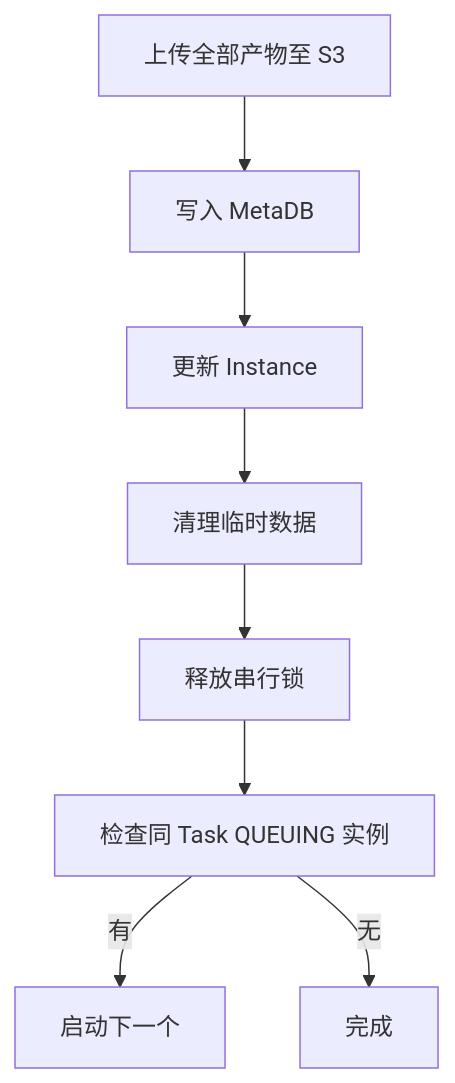
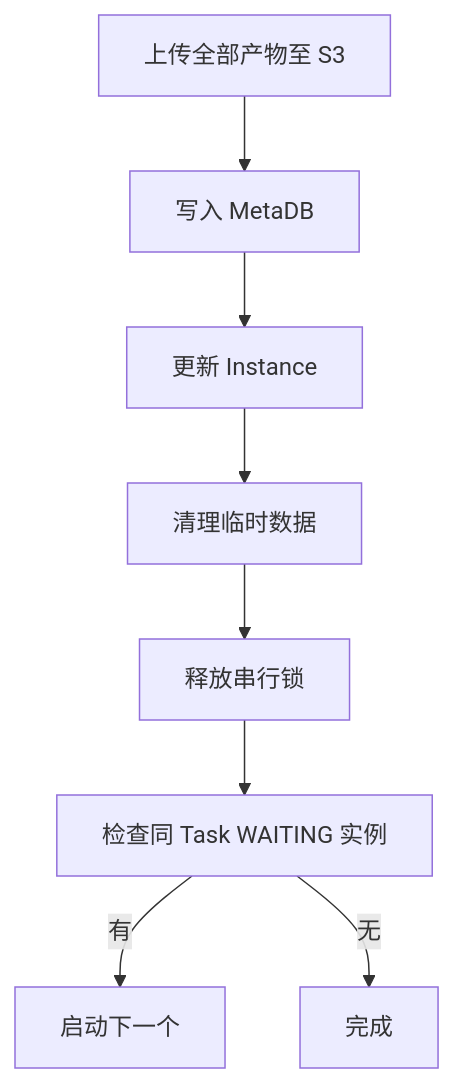
Before and after one commit to Cedric-Chan/ModelExperiment: the third of 3 diagrams in docs/design/Training-Data-Pipeline.md, drawn with Mermaid. The commit also changed other lines of this file and 92 other files, not shown here.

````diff
--- a/docs/design/Training-Data-Pipeline.md
+++ b/docs/design/Training-Data-Pipeline.md
@@ -498,10 +527,10 @@
 ```mermaid
 flowchart TD
     Upload[上传全部产物至 S3] --> UpdateMeta[写入 MetaDB]
     UpdateMeta --> UpdateInstance[更新 Instance]
     UpdateInstance --> Cleanup[清理临时数据]
     Cleanup --> ReleaseLock[释放串行锁]
-    ReleaseLock --> CheckQueue[检查同 Task QUEUING 实例]
+    ReleaseLock --> CheckQueue[检查同 Task WAITING 实例]
     CheckQueue -->|有| StartNext[启动下一个]
     CheckQueue -->|无| Done[完成]
 ```
````
